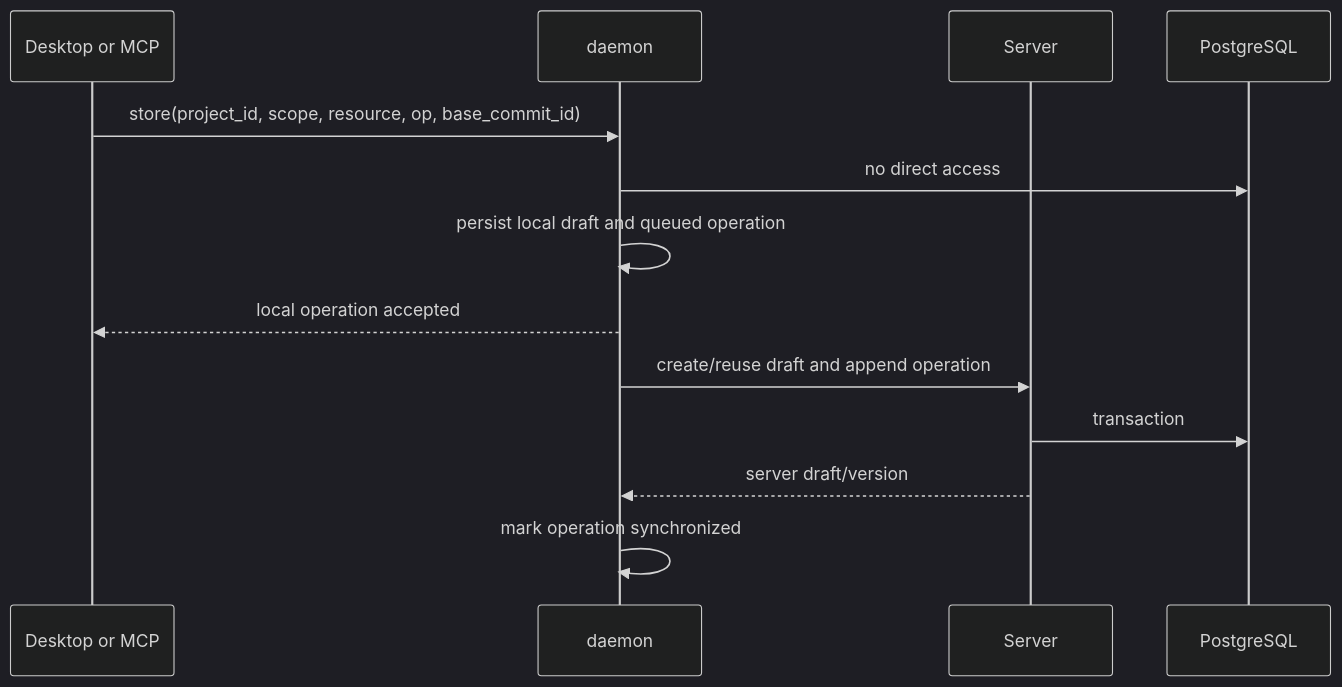
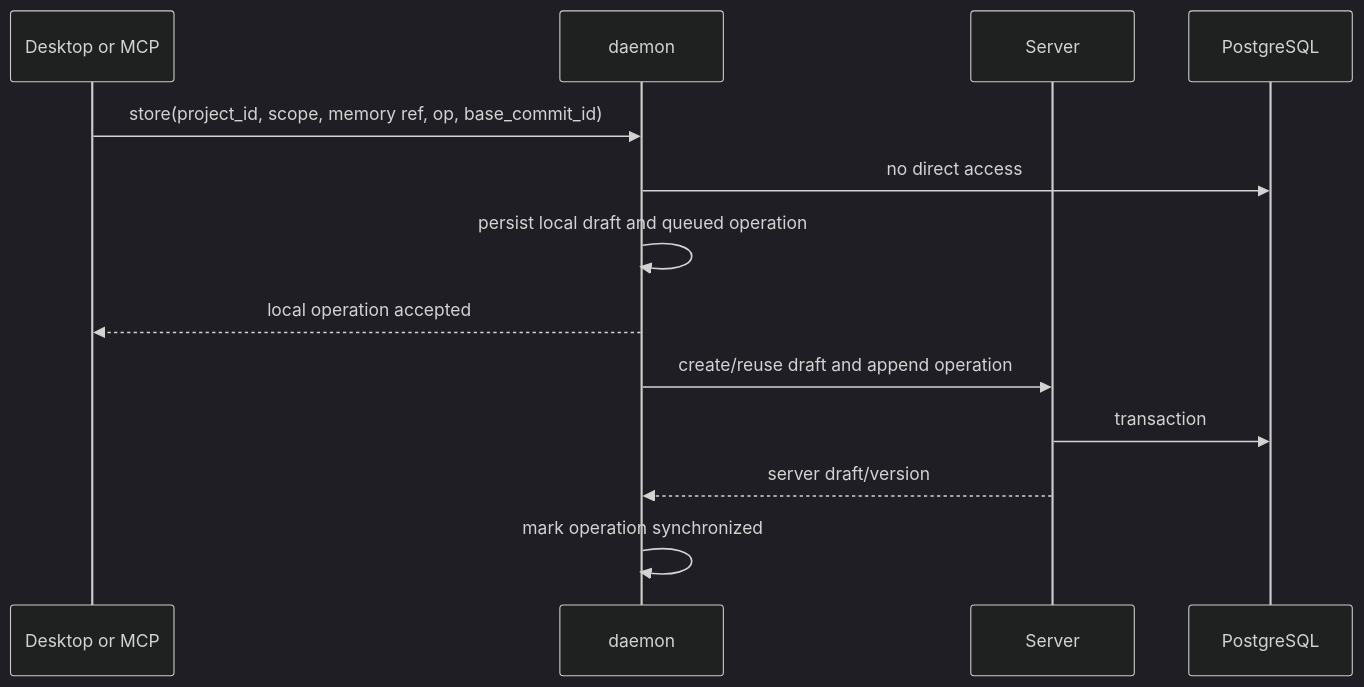
The second of 5 diagrams in docs/architecture.md (dylanwangeth/clumsies), drawn with Mermaid (dark theme) before and after one commit. The commit also changed other lines of this file and 29 other files, not shown here.

````diff
--- a/docs/architecture.md
+++ b/docs/architecture.md
@@ -62,16 +62,16 @@
 ```mermaid
 sequenceDiagram
     participant C as Desktop or MCP
     participant D as daemon
     participant S as Server
     participant P as PostgreSQL
 
-    C->>D: store(project_id, scope, resource, op, base_commit_id)
+    C->>D: store(project_id, scope, memory ref, op, base_commit_id)
     D->>P: no direct access
     D->>D: persist local draft and queued operation
     D-->>C: local operation accepted
     D->>S: create/reuse draft and append operation
     S->>P: transaction
     S-->>D: server draft/version
     D->>D: mark operation synchronized
 ```
````
